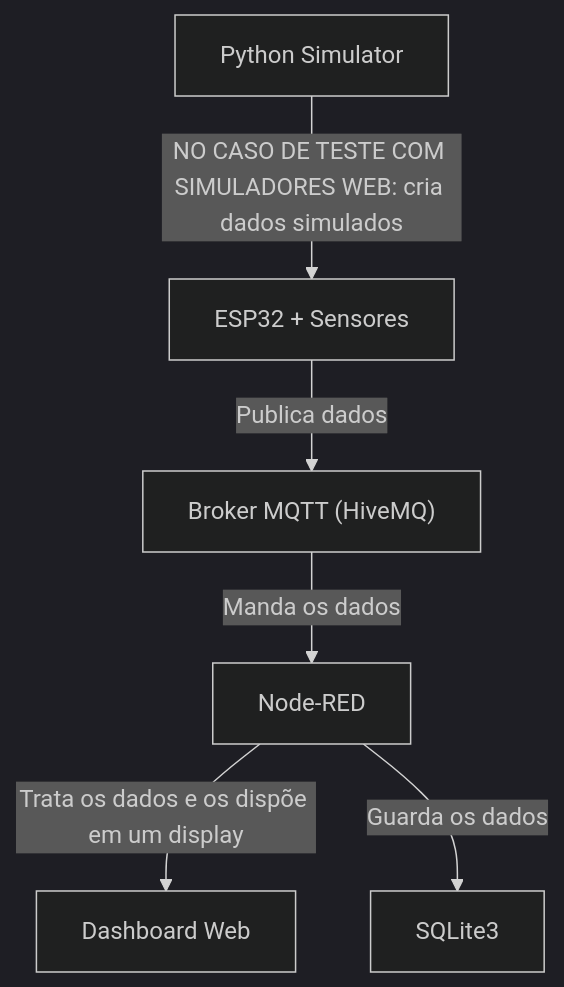
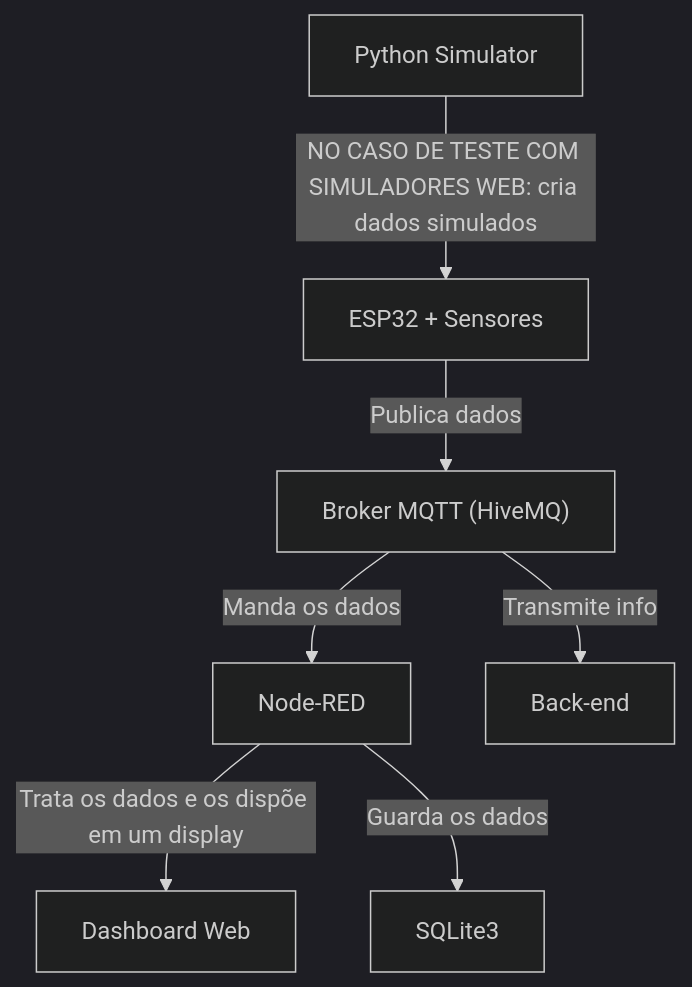
Before and after one commit to Joao-Pedro-R/Sprint-3-IOT-WWT: the diagram in README.md, drawn with Mermaid (dark theme). The commit also changed other lines of this file, not shown here.

````diff
--- a/README.md
+++ b/README.md
@@ -46,14 +48,16 @@
 ```mermaid
 graph TD;
     Database["SQLite3"]
     ESP32["ESP32 + Sensores"]
     MQTT["Broker MQTT (HiveMQ)"]
     NodeRED["Node-RED"]
     Dashboard["Dashboard Web"]
+    Java["Back-end"]
 
     ESP32 -->|Publica dados| MQTT
     Python["Python Simulator"] -->|NO CASO DE TESTE COM SIMULADORES WEB: cria dados simulados| ESP32
     MQTT -->|Manda os dados| NodeRED
     NodeRED -->|Trata os dados e os dispõe em um display| Dashboard
     NodeRED -->|Guarda os dados| Database
+    MQTT -->|Transmite info| Java
 ```
````
